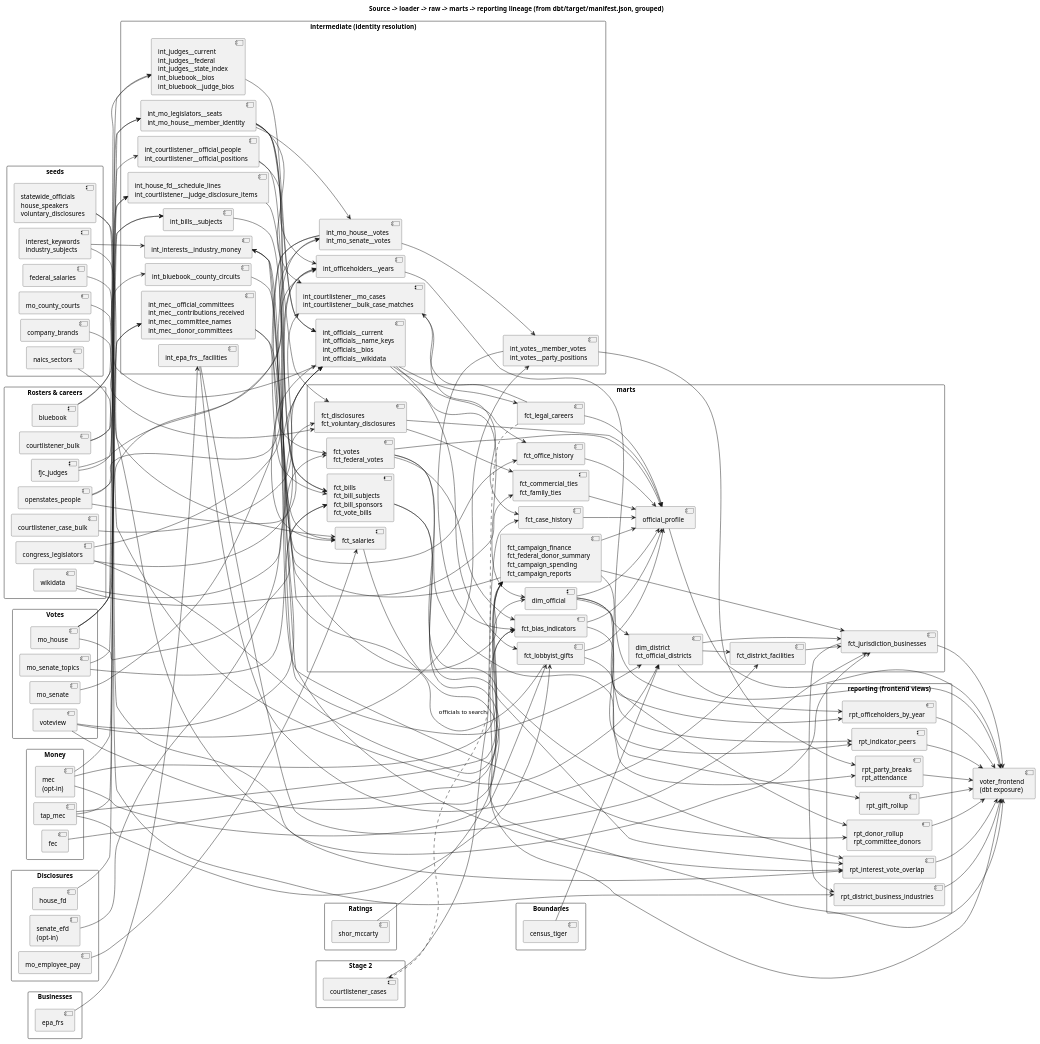
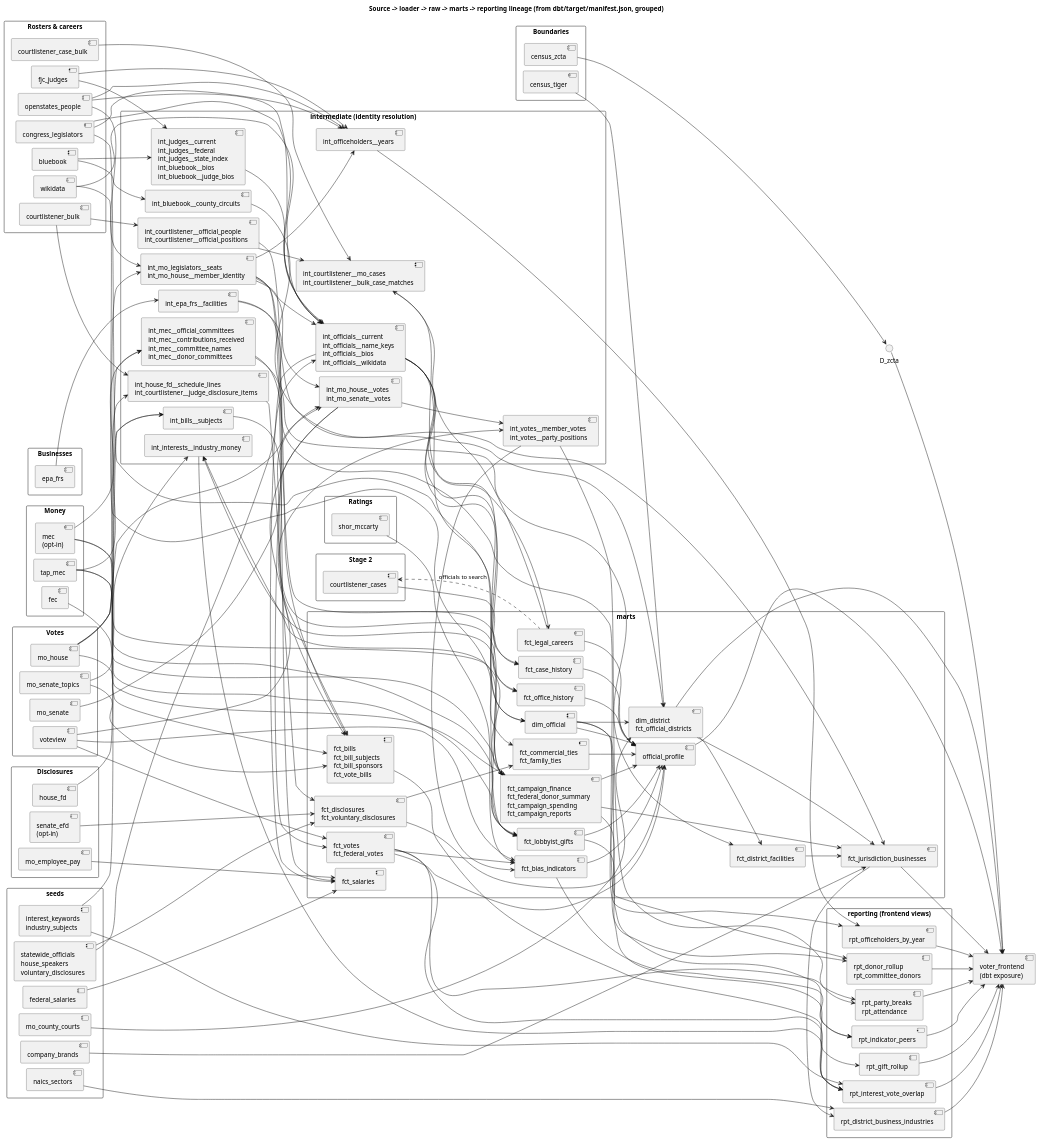
The diagram in docs/diagrams/lineage.puml (akettmann/missouri_gov_feed), drawn with PlantUML before and after one commit. The commit also changed 2 other files, not shown here.

Commit message:
Exposure voter_frontend: depend on dim_zcta, drop models the frontend never reads
The frontend's ZIP lookup reads dim_zcta (districts.ts) but the exposure did not list it.
Audit of frontend/src/lib/exports against depends_on also found eight entries nothing reads
directly (fct_votes, fct_campaign_finance, fct_lobbyist_gifts, fct_bills, fct_bill_subjects,
fct_bill_sponsors, fct_vote_bills, fct_salaries); they stay upstream via official_profile and rpt_*.
Lineage diagram updated to match.

Fixes #45

```diff
--- a/docs/diagrams/lineage.puml
+++ b/docs/diagrams/lineage.puml
@@ -32,6 +32,7 @@
 }
 package "Boundaries" {
   [census_tiger] as L_tiger
+  [census_zcta] as L_zcta
 }
 package "Businesses" {
   [epa_frs] as L_epa
@@ -169,7 +170,6 @@
 L_pay --> F_sal
 I_seats --> F_sal
 I_off --> F_sal
-F_sal --> EXP
 L_moh --> I_subj
 L_most --> I_subj
 I_subj --> F_bills
@@ -177,13 +177,14 @@
 L_moh --> F_bills
 I_votes --> F_bills
 I_seats --> F_bills
-F_bills --> EXP
 L_bb --> I_circ
 I_circ --> D_dist
 S_courts --> D_dist
 S_fedpay --> F_sal
 dim --> D_dist
 D_dist --> EXP
+L_zcta --> D_zcta
+D_zcta --> EXP
 
 F_bias --> R_peers
 dim --> R_peers
```
